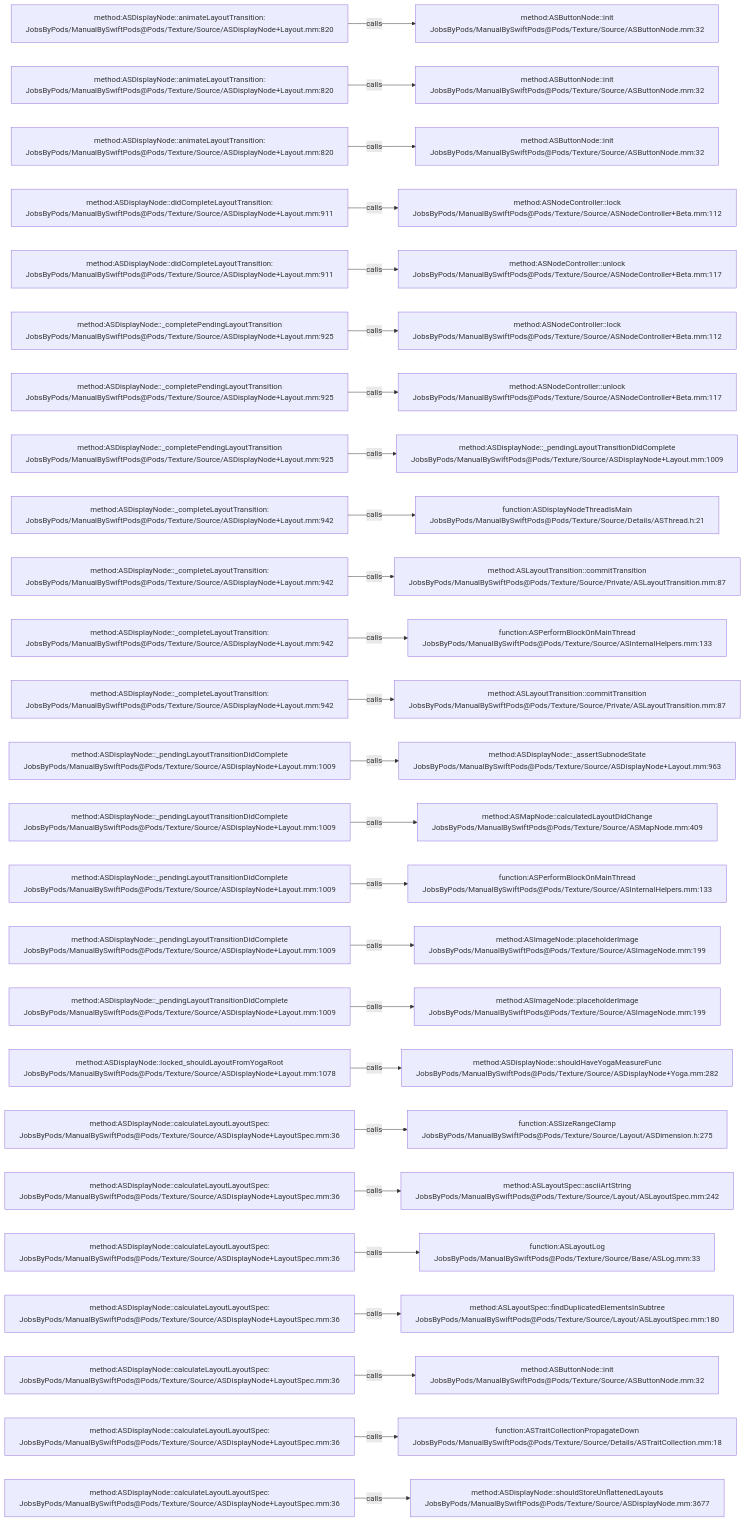
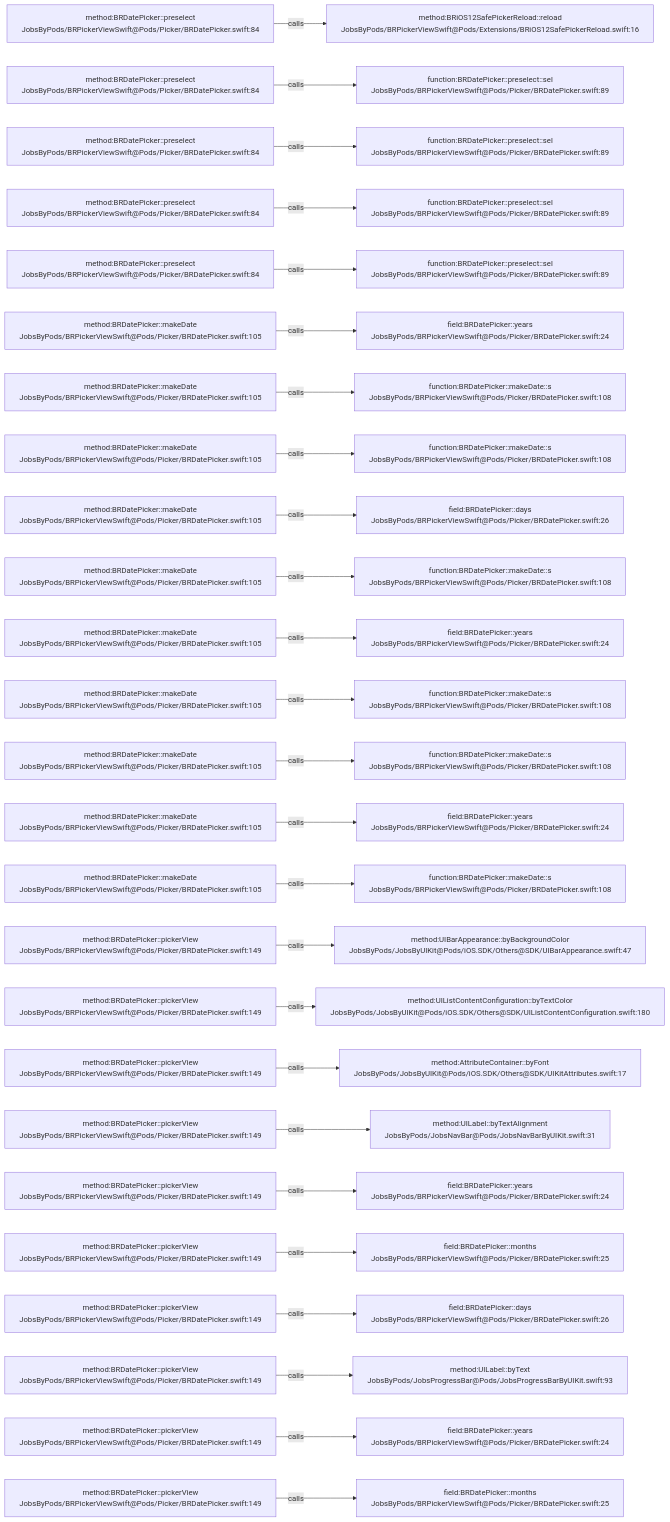
One commit to JobsKits/JobsSwiftBaseConfigDemo changed the diagram in .codegraph/codegraph.md/graphs/calls-024.md. Above: the diagram before and after it, drawn with Mermaid. The commit also changed 224 other files, not shown here.

````diff
--- a/.codegraph/codegraph.md/graphs/calls-024.md
+++ b/.codegraph/codegraph.md/graphs/calls-024.md
@@ -13,78 +13,78 @@
 ```mermaid
 flowchart LR
-  S1["method:ASDisplayNode::animateLayoutTransition:<br/>JobsByPods/ManualBySwiftPods@Pods/Texture/Source/ASDisplayNode+Layout.mm:820"]
-  T1["method:ASButtonNode::init<br/>JobsByPods/ManualBySwiftPods@Pods/Texture/Source/ASButtonNode.mm:32"]
+  S1["method:BRDatePicker::preselect<br/>JobsByPods/BRPickerViewSwift@Pods/Picker/BRDatePicker.swift:84"]
+  T1["method:BRiOS12SafePickerReload::reload<br/>JobsByPods/BRPickerViewSwift@Pods/Extensions/BRiOS12SafePickerReload.swift:16"]
   S1 -->|calls| T1
-  S2["method:ASDisplayNode::animateLayoutTransition:<br/>JobsByPods/ManualBySwiftPods@Pods/Texture/Source/ASDisplayNode+Layout.mm:820"]
-  T2["method:ASButtonNode::init<br/>JobsByPods/ManualBySwiftPods@Pods/Texture/Source/ASButtonNode.mm:32"]
+  S2["method:BRDatePicker::preselect<br/>JobsByPods/BRPickerViewSwift@Pods/Picker/BRDatePicker.swift:84"]
+  T2["function:BRDatePicker::preselect::sel<br/>JobsByPods/BRPickerViewSwift@Pods/Picker/BRDatePicker.swift:89"]
   S2 -->|calls| T2
-  S3["method:ASDisplayNode::animateLayoutTransition:<br/>JobsByPods/ManualBySwiftPods@Pods/Texture/Source/ASDisplayNode+Layout.mm:820"]
-  T3["method:ASButtonNode::init<br/>JobsByPods/ManualBySwiftPods@Pods/Texture/Source/ASButtonNode.mm:32"]
+  S3["method:BRDatePicker::preselect<br/>JobsByPods/BRPickerViewSwift@Pods/Picker/BRDatePicker.swift:84"]
+  T3["function:BRDatePicker::preselect::sel<br/>JobsByPods/BRPickerViewSwift@Pods/Picker/BRDatePicker.swift:89"]
   S3 -->|calls| T3
-  S4["method:ASDisplayNode::didCompleteLayoutTransition:<br/>JobsByPods/ManualBySwiftPods@Pods/Texture/Source/ASDisplayNode+Layout.mm:911"]
-  T4["method:ASNodeController::lock<br/>JobsByPods/ManualBySwiftPods@Pods/Texture/Source/ASNodeController+Beta.mm:112"]
+  S4["method:BRDatePicker::preselect<br/>JobsByPods/BRPickerViewSwift@Pods/Picker/BRDatePicker.swift:84"]
+  T4["function:BRDatePicker::preselect::sel<br/>JobsByPods/BRPickerViewSwift@Pods/Picker/BRDatePicker.swift:89"]
   S4 -->|calls| T4
-  S5["method:ASDisplayNode::didCompleteLayoutTransition:<br/>JobsByPods/ManualBySwiftPods@Pods/Texture/Source/ASDisplayNode+Layout.mm:911"]
-  T5["method:ASNodeController::unlock<br/>JobsByPods/ManualBySwiftPods@Pods/Texture/Source/ASNodeController+Beta.mm:117"]
+  S5["method:BRDatePicker::preselect<br/>JobsByPods/BRPickerViewSwift@Pods/Picker/BRDatePicker.swift:84"]
+  T5["function:BRDatePicker::preselect::sel<br/>JobsByPods/BRPickerViewSwift@Pods/Picker/BRDatePicker.swift:89"]
   S5 -->|calls| T5
-  S6["method:ASDisplayNode::_completePendingLayoutTransition<br/>JobsByPods/ManualBySwiftPods@Pods/Texture/Source/ASDisplayNode+Layout.mm:925"]
-  T6["method:ASNodeController::lock<br/>JobsByPods/ManualBySwiftPods@Pods/Texture/Source/ASNodeController+Beta.mm:112"]
+  S6["method:BRDatePicker::makeDate<br/>JobsByPods/BRPickerViewSwift@Pods/Picker/BRDatePicker.swift:105"]
+  T6["field:BRDatePicker::years<br/>JobsByPods/BRPickerViewSwift@Pods/Picker/BRDatePicker.swift:24"]
   S6 -->|calls| T6
-  S7["method:ASDisplayNode::_completePendingLayoutTransition<br/>JobsByPods/ManualBySwiftPods@Pods/Texture/Source/ASDisplayNode+Layout.mm:925"]
-  T7["method:ASNodeController::unlock<br/>JobsByPods/ManualBySwiftPods@Pods/Texture/Source/ASNodeController+Beta.mm:117"]
+  S7["method:BRDatePicker::makeDate<br/>JobsByPods/BRPickerViewSwift@Pods/Picker/BRDatePicker.swift:105"]
+  T7["function:BRDatePicker::makeDate::s<br/>JobsByPods/BRPickerViewSwift@Pods/Picker/BRDatePicker.swift:108"]
   S7 -->|calls| T7
-  S8["method:ASDisplayNode::_completePendingLayoutTransition<br/>JobsByPods/ManualBySwiftPods@Pods/Texture/Source/ASDisplayNode+Layout.mm:925"]
-  T8["method:ASDisplayNode::_pendingLayoutTransitionDidComplete<br/>JobsByPods/ManualBySwiftPods@Pods/Texture/Source/ASDisplayNode+Layout.mm:1009"]
+  S8["method:BRDatePicker::makeDate<br/>JobsByPods/BRPickerViewSwift@Pods/Picker/BRDatePicker.swift:105"]
+  T8["function:BRDatePicker::makeDate::s<br/>JobsByPods/BRPickerViewSwift@Pods/Picker/BRDatePicker.swift:108"]
   S8 -->|calls| T8
-  S9["method:ASDisplayNode::_completeLayoutTransition:<br/>JobsByPods/ManualBySwiftPods@Pods/Texture/Source/ASDisplayNode+Layout.mm:942"]
-  T9["function:ASDisplayNodeThreadIsMain<br/>JobsByPods/ManualBySwiftPods@Pods/Texture/Source/Details/ASThread.h:21"]
+  S9["method:BRDatePicker::makeDate<br/>JobsByPods/BRPickerViewSwift@Pods/Picker/BRDatePicker.swift:105"]
+  T9["field:BRDatePicker::days<br/>JobsByPods/BRPickerViewSwift@Pods/Picker/BRDatePicker.swift:26"]
   S9 -->|calls| T9
-  S10["method:ASDisplayNode::_completeLayoutTransition:<br/>JobsByPods/ManualBySwiftPods@Pods/Texture/Source/ASDisplayNode+Layout.mm:942"]
-  T10["method:ASLayoutTransition::commitTransition<br/>JobsByPods/ManualBySwiftPods@Pods/Texture/Source/Private/ASLayoutTransition.mm:87"]
+  S10["method:BRDatePicker::makeDate<br/>JobsByPods/BRPickerViewSwift@Pods/Picker/BRDatePicker.swift:105"]
+  T10["function:BRDatePicker::makeDate::s<br/>JobsByPods/BRPickerViewSwift@Pods/Picker/BRDatePicker.swift:108"]
   S10 -->|calls| T10
-  S11["method:ASDisplayNode::_completeLayoutTransition:<br/>JobsByPods/ManualBySwiftPods@Pods/Texture/Source/ASDisplayNode+Layout.mm:942"]
-  T11["function:ASPerformBlockOnMainThread<br/>JobsByPods/ManualBySwiftPods@Pods/Texture/Source/ASInternalHelpers.mm:133"]
+  S11["method:BRDatePicker::makeDate<br/>JobsByPods/BRPickerViewSwift@Pods/Picker/BRDatePicker.swift:105"]
+  T11["field:BRDatePicker::years<br/>JobsByPods/BRPickerViewSwift@Pods/Picker/BRDatePicker.swift:24"]
   S11 -->|calls| T11
-  S12["method:ASDisplayNode::_completeLayoutTransition:<br/>JobsByPods/ManualBySwiftPods@Pods/Texture/Source/ASDisplayNode+Layout.mm:942"]
-  T12["method:ASLayoutTransition::commitTransition<br/>JobsByPods/ManualBySwiftPods@Pods/Texture/Source/Private/ASLayoutTransition.mm:87"]
+  S12["method:BRDatePicker::makeDate<br/>JobsByPods/BRPickerViewSwift@Pods/Picker/BRDatePicker.swift:105"]
+  T12["function:BRDatePicker::makeDate::s<br/>JobsByPods/BRPickerViewSwift@Pods/Picker/BRDatePicker.swift:108"]
   S12 -->|calls| T12
-  S13["method:ASDisplayNode::_pendingLayoutTransitionDidComplete<br/>JobsByPods/ManualBySwiftPods@Pods/Texture/Source/ASDisplayNode+Layout.mm:1009"]
-  T13["method:ASDisplayNode::_assertSubnodeState<br/>JobsByPods/ManualBySwiftPods@Pods/Texture/Source/ASDisplayNode+Layout.mm:963"]
+  S13["method:BRDatePicker::makeDate<br/>JobsByPods/BRPickerViewSwift@Pods/Picker/BRDatePicker.swift:105"]
+  T13["function:BRDatePicker::makeDate::s<br/>JobsByPods/BRPickerViewSwift@Pods/Picker/BRDatePicker.swift:108"]
   S13 -->|calls| T13
-  S14["method:ASDisplayNode::_pendingLayoutTransitionDidComplete<br/>JobsByPods/ManualBySwiftPods@Pods/Texture/Source/ASDisplayNode+Layout.mm:1009"]
-  T14["method:ASMapNode::calculatedLayoutDidChange<br/>JobsByPods/ManualBySwiftPods@Pods/Texture/Source/ASMapNode.mm:409"]
+  S14["method:BRDatePicker::makeDate<br/>JobsByPods/BRPickerViewSwift@Pods/Picker/BRDatePicker.swift:105"]
+  T14["field:BRDatePicker::years<br/>JobsByPods/BRPickerViewSwift@Pods/Picker/BRDatePicker.swift:24"]
   S14 -->|calls| T14
-  S15["method:ASDisplayNode::_pendingLayoutTransitionDidComplete<br/>JobsByPods/ManualBySwiftPods@Pods/Texture/Source/ASDisplayNode+Layout.mm:1009"]
-  T15["function:ASPerformBlockOnMainThread<br/>JobsByPods/ManualBySwiftPods@Pods/Texture/Source/ASInternalHelpers.mm:133"]
+  S15["method:BRDatePicker::makeDate<br/>JobsByPods/BRPickerViewSwift@Pods/Picker/BRDatePicker.swift:105"]
+  T15["function:BRDatePicker::makeDate::s<br/>JobsByPods/BRPickerViewSwift@Pods/Picker/BRDatePicker.swift:108"]
   S15 -->|calls| T15
-  S16["method:ASDisplayNode::_pendingLayoutTransitionDidComplete<br/>JobsByPods/ManualBySwiftPods@Pods/Texture/Source/ASDisplayNode+Layout.mm:1009"]
-  T16["method:ASImageNode::placeholderImage<br/>JobsByPods/ManualBySwiftPods@Pods/Texture/Source/ASImageNode.mm:199"]
+  S16["method:BRDatePicker::pickerView<br/>JobsByPods/BRPickerViewSwift@Pods/Picker/BRDatePicker.swift:149"]
+  T16["method:UIBarAppearance::byBackgroundColor<br/>JobsByPods/JobsByUIKit@Pods/iOS.SDK/Others@SDK/UIBarAppearance.swift:47"]
   S16 -->|calls| T16
-  S17["method:ASDisplayNode::_pendingLayoutTransitionDidComplete<br/>JobsByPods/ManualBySwiftPods@Pods/Texture/Source/ASDisplayNode+Layout.mm:1009"]
-  T17["method:ASImageNode::placeholderImage<br/>JobsByPods/ManualBySwiftPods@Pods/Texture/Source/ASImageNode.mm:199"]
+  S17["method:BRDatePicker::pickerView<br/>JobsByPods/BRPickerViewSwift@Pods/Picker/BRDatePicker.swift:149"]
+  T17["method:UIListContentConfiguration::byTextColor<br/>JobsByPods/JobsByUIKit@Pods/iOS.SDK/Others@SDK/UIListContentConfiguration.swift:180"]
   S17 -->|calls| T17
-  S18["method:ASDisplayNode::locked_shouldLayoutFromYogaRoot<br/>JobsByPods/ManualBySwiftPods@Pods/Texture/Source/ASDisplayNode+Layout.mm:1078"]
-  T18["method:ASDisplayNode::shouldHaveYogaMeasureFunc<br/>JobsByPods/ManualBySwiftPods@Pods/Texture/Source/ASDisplayNode+Yoga.mm:282"]
+  S18["method:BRDatePicker::pickerView<br/>JobsByPods/BRPickerViewSwift@Pods/Picker/BRDatePicker.swift:149"]
+  T18["method:AttributeContainer::byFont<br/>JobsByPods/JobsByUIKit@Pods/iOS.SDK/Others@SDK/UIKitAttributes.swift:17"]
   S18 -->|calls| T18
-  S19["method:ASDisplayNode::calculateLayoutLayoutSpec:<br/>JobsByPods/ManualBySwiftPods@Pods/Texture/Source/ASDisplayNode+LayoutSpec.mm:36"]
-  T19["function:ASSizeRangeClamp<br/>JobsByPods/ManualBySwiftPods@Pods/Texture/Source/Layout/ASDimension.h:275"]
+  S19["method:BRDatePicker::pickerView<br/>JobsByPods/BRPickerViewSwift@Pods/Picker/BRDatePicker.swift:149"]
+  T19["method:UILabel::byTextAlignment<br/>JobsByPods/JobsNavBar@Pods/JobsNavBarByUIKit.swift:31"]
   S19 -->|calls| T19
-  S20["method:ASDisplayNode::calculateLayoutLayoutSpec:<br/>JobsByPods/ManualBySwiftPods@Pods/Texture/Source/ASDisplayNode+LayoutSpec.mm:36"]
-  T20["method:ASLayoutSpec::asciiArtString<br/>JobsByPods/ManualBySwiftPods@Pods/Texture/Source/Layout/ASLayoutSpec.mm:242"]
+  S20["method:BRDatePicker::pickerView<br/>JobsByPods/BRPickerViewSwift@Pods/Picker/BRDatePicker.swift:149"]
+  T20["field:BRDatePicker::years<br/>JobsByPods/BRPickerViewSwift@Pods/Picker/BRDatePicker.swift:24"]
   S20 -->|calls| T20
-  S21["method:ASDisplayNode::calculateLayoutLayoutSpec:<br/>JobsByPods/ManualBySwiftPods@Pods/Texture/Source/ASDisplayNode+LayoutSpec.mm:36"]
-  T21["function:ASLayoutLog<br/>JobsByPods/ManualBySwiftPods@Pods/Texture/Source/Base/ASLog.mm:33"]
+  S21["method:BRDatePicker::pickerView<br/>JobsByPods/BRPickerViewSwift@Pods/Picker/BRDatePicker.swift:149"]
+  T21["field:BRDatePicker::months<br/>JobsByPods/BRPickerViewSwift@Pods/Picker/BRDatePicker.swift:25"]
   S21 -->|calls| T21
-  S22["method:ASDisplayNode::calculateLayoutLayoutSpec:<br/>JobsByPods/ManualBySwiftPods@Pods/Texture/Source/ASDisplayNode+LayoutSpec.mm:36"]
-  T22["method:ASLayoutSpec::findDuplicatedElementsInSubtree<br/>JobsByPods/ManualBySwiftPods@Pods/Texture/Source/Layout/ASLayoutSpec.mm:180"]
+  S22["method:BRDatePicker::pickerView<br/>JobsByPods/BRPickerViewSwift@Pods/Picker/BRDatePicker.swift:149"]
+  T22["field:BRDatePicker::days<br/>JobsByPods/BRPickerViewSwift@Pods/Picker/BRDatePicker.swift:26"]
   S22 -->|calls| T22
-  S23["method:ASDisplayNode::calculateLayoutLayoutSpec:<br/>JobsByPods/ManualBySwiftPods@Pods/Texture/Source/ASDisplayNode+LayoutSpec.mm:36"]
-  T23["method:ASButtonNode::init<br/>JobsByPods/ManualBySwiftPods@Pods/Texture/Source/ASButtonNode.mm:32"]
+  S23["method:BRDatePicker::pickerView<br/>JobsByPods/BRPickerViewSwift@Pods/Picker/BRDatePicker.swift:149"]
+  T23["method:UILabel::byText<br/>JobsByPods/JobsProgressBar@Pods/JobsProgressBarByUIKit.swift:93"]
   S23 -->|calls| T23
-  S24["method:ASDisplayNode::calculateLayoutLayoutSpec:<br/>JobsByPods/ManualBySwiftPods@Pods/Texture/Source/ASDisplayNode+LayoutSpec.mm:36"]
-  T24["function:ASTraitCollectionPropagateDown<br/>JobsByPods/ManualBySwiftPods@Pods/Texture/Source/Details/ASTraitCollection.mm:18"]
+  S24["method:BRDatePicker::pickerView<br/>JobsByPods/BRPickerViewSwift@Pods/Picker/BRDatePicker.swift:149"]
+  T24["field:BRDatePicker::years<br/>JobsByPods/BRPickerViewSwift@Pods/Picker/BRDatePicker.swift:24"]
   S24 -->|calls| T24
-  S25["method:ASDisplayNode::calculateLayoutLayoutSpec:<br/>JobsByPods/ManualBySwiftPods@Pods/Texture/Source/ASDisplayNode+LayoutSpec.mm:36"]
-  T25["method:ASDisplayNode::shouldStoreUnflattenedLayouts<br/>JobsByPods/ManualBySwiftPods@Pods/Texture/Source/ASDisplayNode.mm:3677"]
+  S25["method:BRDatePicker::pickerView<br/>JobsByPods/BRPickerViewSwift@Pods/Picker/BRDatePicker.swift:149"]
+  T25["field:BRDatePicker::months<br/>JobsByPods/BRPickerViewSwift@Pods/Picker/BRDatePicker.swift:25"]
   S25 -->|calls| T25
 ```
````
